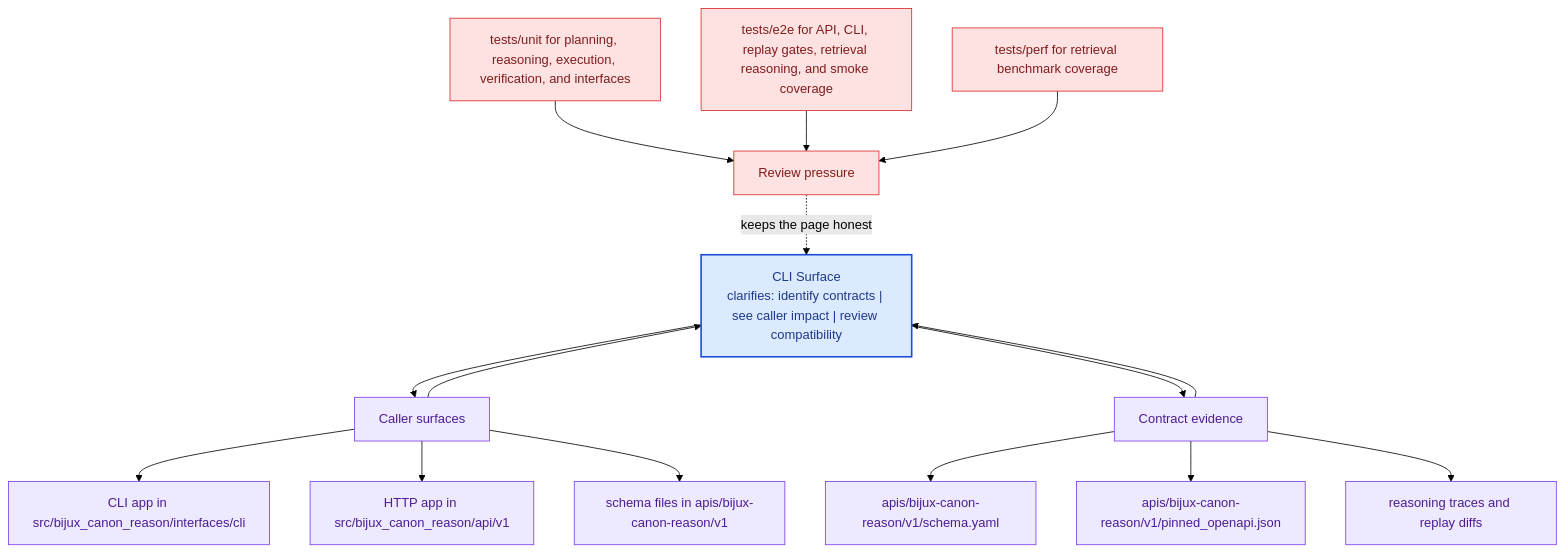
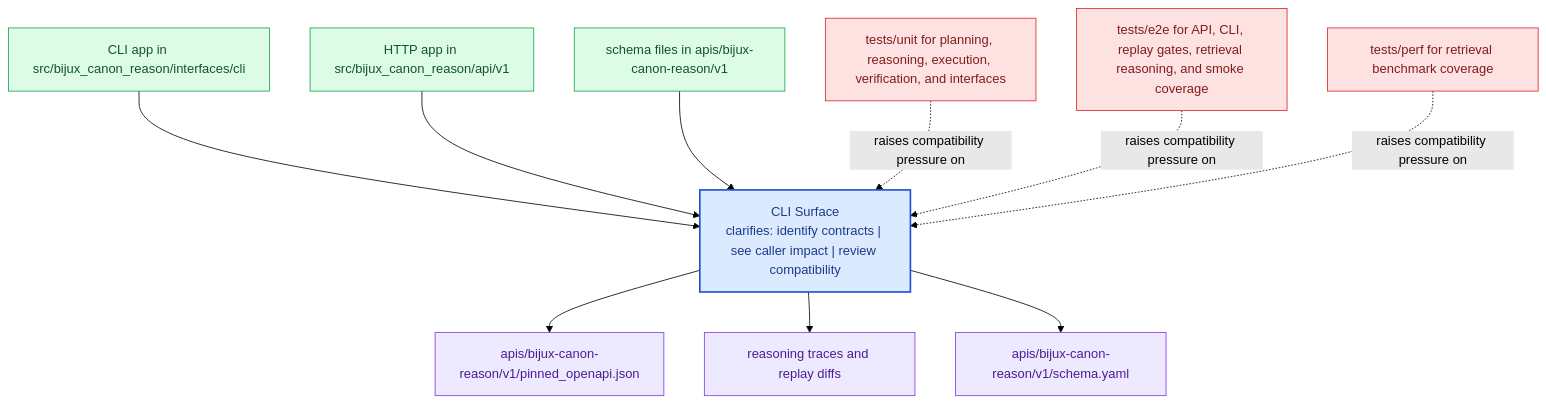
Before and after one commit to bijux/bijux-canon: the diagram in docs/bijux-canon-reason/interfaces/cli-surface.md, drawn with Mermaid (forest theme). The commit also changed other lines of this file and 281 other files, not shown here.

Commit message:
docs(diagrams): replace repeated mermaid scaffolds with page-specific summaries

````diff
--- a/docs/bijux-canon-reason/interfaces/cli-surface.md
+++ b/docs/bijux-canon-reason/interfaces/cli-surface.md
@@ -69,41 +24,31 @@
 ```mermaid
 flowchart TB
-    promise["CLI Surface<br/>clarifies: identify contracts | see caller impact | review compatibility"]
-    classDef promise fill:#dbeafe,stroke:#1d4ed8,color:#1e3a8a,stroke-width:2px;
-    classDef driver fill:#dcfce7,stroke:#16a34a,color:#14532d;
-    classDef constraint fill:#fee2e2,stroke:#dc2626,color:#7f1d1d;
-    classDef ground fill:#ede9fe,stroke:#7c3aed,color:#4c1d95;
-    focus1["Caller surfaces"]
-    focus1 --> promise
-    promise --> focus1
-    focus1_1["CLI app in src/bijux_canon_reason/interfaces/cli"]
-    focus1 --> focus1_1
-    focus1_2["HTTP app in src/bijux_canon_reason/api/v1"]
-    focus1 --> focus1_2
-    focus1_3["schema files in apis/bijux-canon-reason/v1"]
-    focus1 --> focus1_3
-    class focus1 ground;
-    class focus1_1,focus1_2,focus1_3 ground;
-    focus2["Contract evidence"]
-    focus2 --> promise
-    promise --> focus2
-    focus2_1["apis/bijux-canon-reason/v1/schema.yaml"]
-    focus2 --> focus2_1
-    focus2_2["apis/bijux-canon-reason/v1/pinned_openapi.json"]
-    focus2 --> focus2_2
-    focus2_3["reasoning traces and replay diffs"]
-    focus2 --> focus2_3
-    class focus2 ground;
-    class focus2_1,focus2_2,focus2_3 ground;
-    focus3["Review pressure"]
-    focus3 -.keeps the page honest.-> promise
-    focus3_1["tests/unit for planning, reasoning, execution, verification, and interfaces"]
-    focus3_1 --> focus3
-    focus3_2["tests/e2e for API, CLI, replay gates, retrieval reasoning, and smoke coverage"]
-    focus3_2 --> focus3
-    focus3_3["tests/perf for retrieval benchmark coverage"]
-    focus3_3 --> focus3
-    class focus3 constraint;
-    class focus3_1,focus3_2,focus3_3 constraint;
-    class promise promise;
+    page["CLI Surface<br/>clarifies: identify contracts | see caller impact | review compatibility"]
+    classDef page fill:#dbeafe,stroke:#1d4ed8,color:#1e3a8a,stroke-width:2px;
+    classDef positive fill:#dcfce7,stroke:#16a34a,color:#14532d;
+    classDef caution fill:#fee2e2,stroke:#dc2626,color:#7f1d1d;
+    classDef anchor fill:#ede9fe,stroke:#7c3aed,color:#4c1d95;
+    classDef action fill:#fef3c7,stroke:#d97706,color:#7c2d12;
+    surface1["CLI app in src/bijux_canon_reason/interfaces/cli"]
+    surface1 --> page
+    surface2["HTTP app in src/bijux_canon_reason/api/v1"]
+    surface2 --> page
+    surface3["schema files in apis/bijux-canon-reason/v1"]
+    surface3 --> page
+    proof1["apis/bijux-canon-reason/v1/pinned_openapi.json"]
+    page --> proof1
+    proof2["reasoning traces and replay diffs"]
+    page --> proof2
+    proof3["apis/bijux-canon-reason/v1/schema.yaml"]
+    page --> proof3
+    review1["tests/unit for planning, reasoning, execution, verification, and interfaces"]
+    review1 -.raises compatibility pressure on.-> page
+    review2["tests/e2e for API, CLI, replay gates, retrieval reasoning, and smoke coverage"]
+    review2 -.raises compatibility pressure on.-> page
+    review3["tests/perf for retrieval benchmark coverage"]
+    review3 -.raises compatibility pressure on.-> page
+    class page page;
+    class surface1,surface2,surface3 positive;
+    class proof1,proof2,proof3 anchor;
+    class review1,review2,review3 caution;
 ```
````
